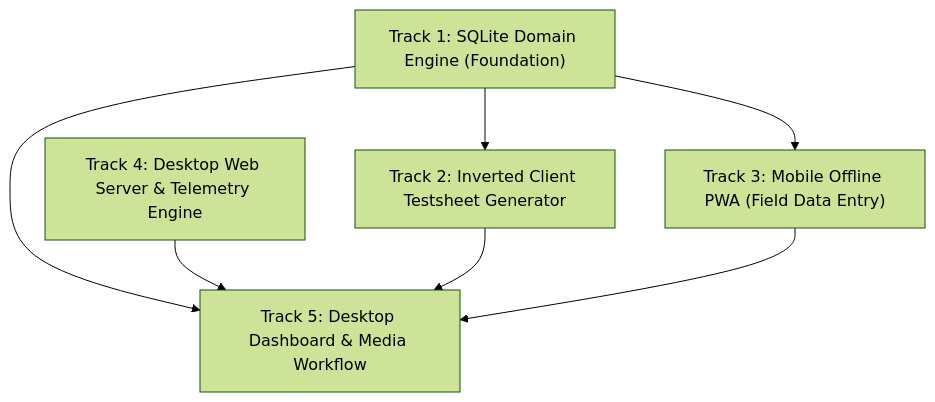
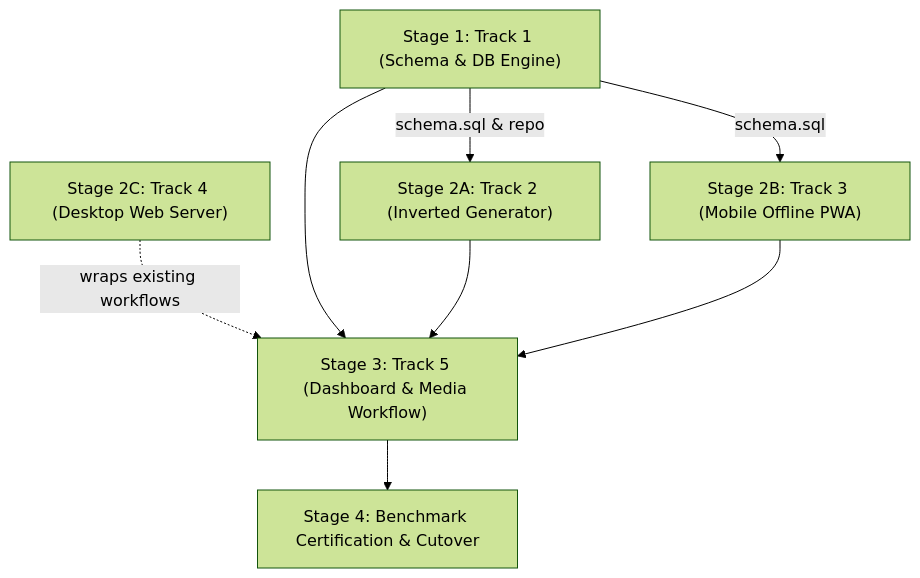
Before and after one commit to adamlarGit/pahang-cli: the diagram in .wayfinder/web-migration-and-mobile-testsheet/map.md, drawn with Mermaid (forest theme). The commit also changed other lines of this file and 5 other files, not shown here.

````diff
--- a/.wayfinder/web-migration-and-mobile-testsheet/map.md
+++ b/.wayfinder/web-migration-and-mobile-testsheet/map.md
@@ -62,15 +61,17 @@
 ```mermaid
 graph TD
-    M1["Track 1: SQLite Domain Engine (Foundation)"]
-    M2["Track 2: Inverted Client Testsheet Generator"]
-    M3["Track 3: Mobile Offline PWA (Field Data Entry)"]
-    M4["Track 4: Desktop Web Server & Telemetry Engine"]
-    M5["Track 5: Desktop Dashboard & Media Workflow"]
+    M1["Stage 1: Track 1 (Schema & DB Engine)"]
+    M2["Stage 2A: Track 2 (Inverted Generator)"]
+    M3["Stage 2B: Track 3 (Mobile Offline PWA)"]
+    M4["Stage 2C: Track 4 (Desktop Web Server)"]
+    M5["Stage 3: Track 5 (Dashboard & Media Workflow)"]
+    M6["Stage 4: Benchmark Certification & Cutover"]
 
-    M1 --> M2
-    M1 --> M3
+    M1 -->|schema.sql & repo| M2
+    M1 -->|schema.sql| M3
+    M4 -.->|wraps existing workflows| M5
     M1 --> M5
-    M4 --> M5
     M2 --> M5
     M3 --> M5
+    M5 --> M6
 ```
````
